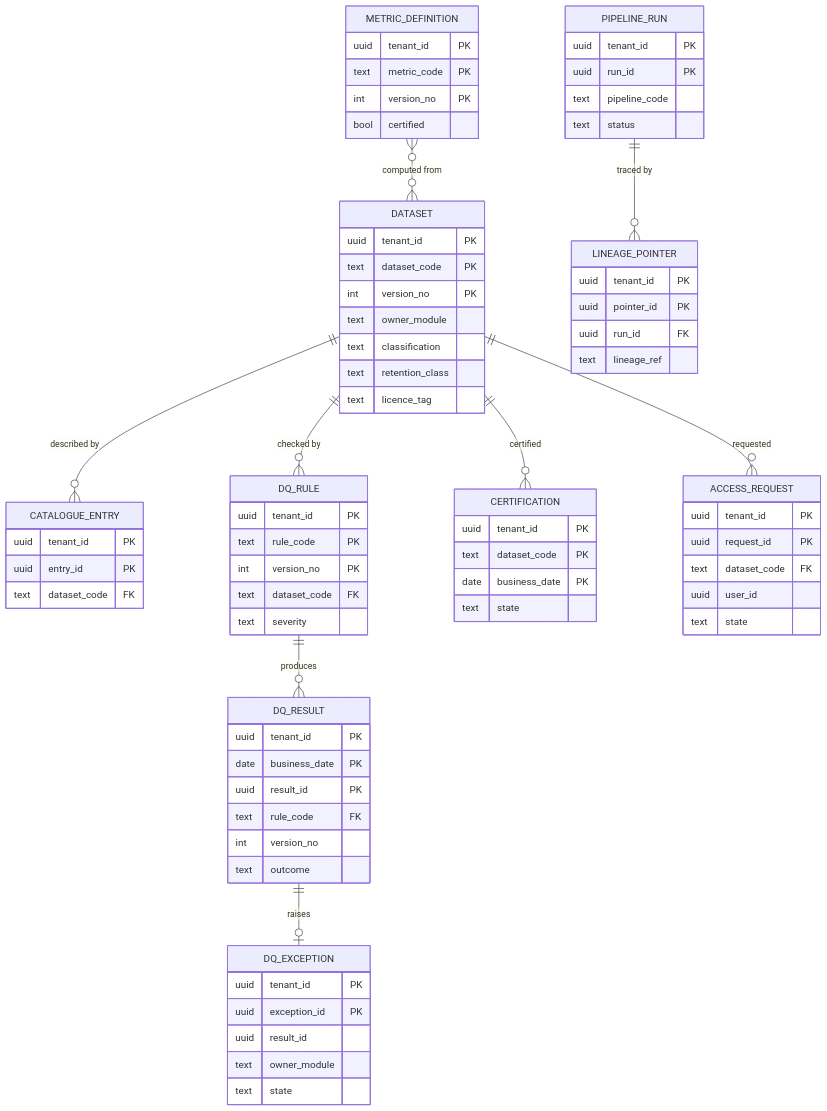
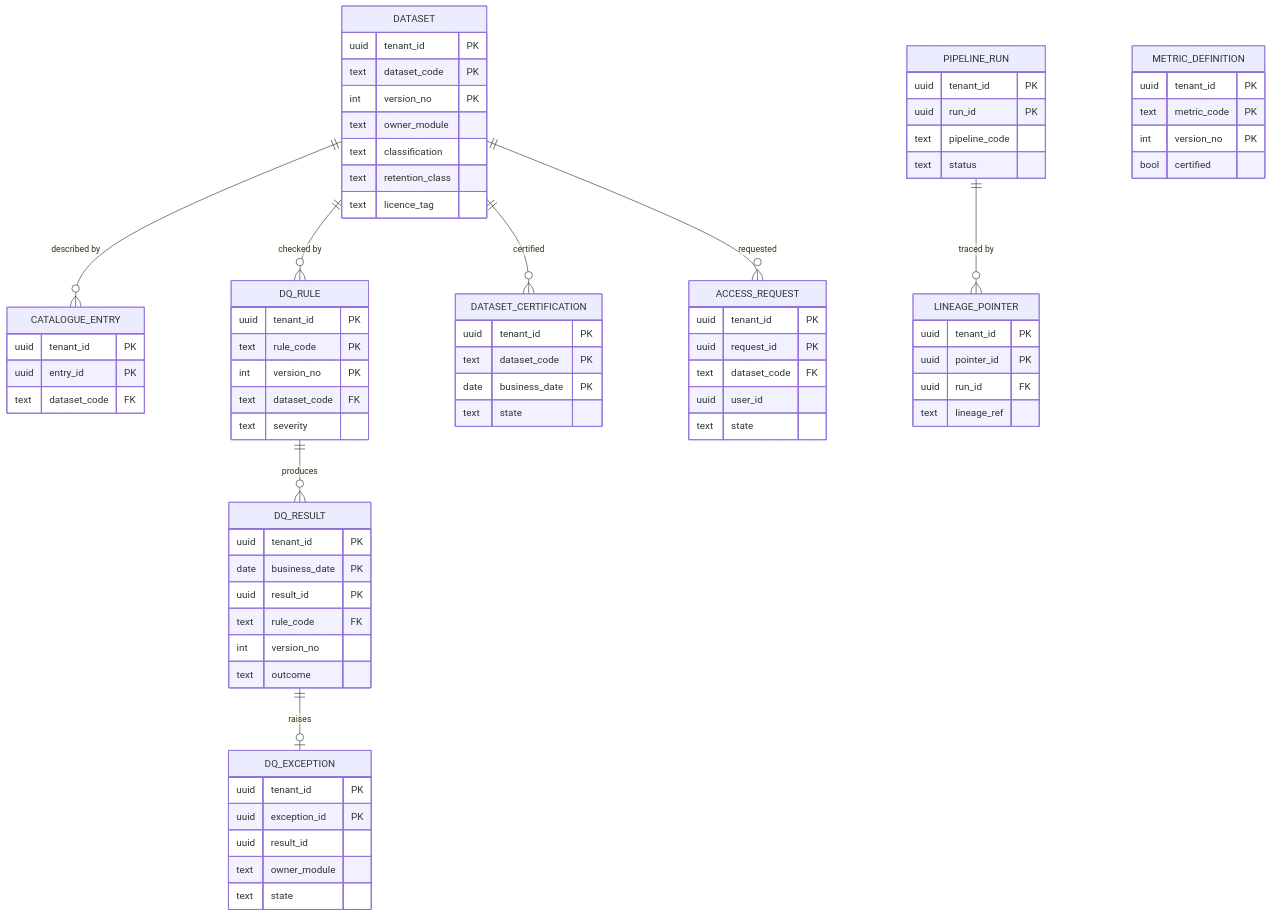
The second of 2 diagrams in architecture/erds/D16_master_analytics.md (suchitdubey7/AMC-OS), drawn with Mermaid before and after one commit. The commit also changed other lines of this file and 19 other files, not shown here.

````diff
--- a/architecture/erds/D16_master_analytics.md
+++ b/architecture/erds/D16_master_analytics.md
@@ -140,78 +139,77 @@
 ```mermaid
 erDiagram
   DATASET ||--o{ CATALOGUE_ENTRY : "described by"
   DATASET ||--o{ DQ_RULE : "checked by"
   DQ_RULE ||--o{ DQ_RESULT : "produces"
   DQ_RESULT ||--o| DQ_EXCEPTION : "raises"
-  DATASET ||--o{ CERTIFICATION : "certified"
+  DATASET ||--o{ DATASET_CERTIFICATION : "certified"
   DATASET ||--o{ ACCESS_REQUEST : "requested"
   PIPELINE_RUN ||--o{ LINEAGE_POINTER : "traced by"
-  METRIC_DEFINITION }o--o{ DATASET : "computed from"
   METRIC_DEFINITION {
     uuid tenant_id PK
     text metric_code PK
     int version_no PK
     bool certified
   }
   DATASET {
     uuid tenant_id PK
     text dataset_code PK
     int version_no PK
     text owner_module
     text classification
     text retention_class
     text licence_tag
   }
   CATALOGUE_ENTRY {
     uuid tenant_id PK
     uuid entry_id PK
     text dataset_code FK
   }
   DQ_RULE {
     uuid tenant_id PK
     text rule_code PK
     int version_no PK
     text dataset_code FK
     text severity
   }
   DQ_RESULT {
     uuid tenant_id PK
     date business_date PK
     uuid result_id PK
     text rule_code FK
     int version_no
     text outcome
   }
   DQ_EXCEPTION {
     uuid tenant_id PK
     uuid exception_id PK
     uuid result_id
     text owner_module
     text state
   }
-  CERTIFICATION {
+  DATASET_CERTIFICATION {
     uuid tenant_id PK
     text dataset_code PK
     date business_date PK
     text state
   }
   ACCESS_REQUEST {
     uuid tenant_id PK
     uuid request_id PK
     text dataset_code FK
     uuid user_id
     text state
   }
   PIPELINE_RUN {
     uuid tenant_id PK
     uuid run_id PK
     text pipeline_code
     text status
   }
   LINEAGE_POINTER {
     uuid tenant_id PK
     uuid pointer_id PK
     uuid run_id FK
     text lineage_ref
   }
 ```
````
